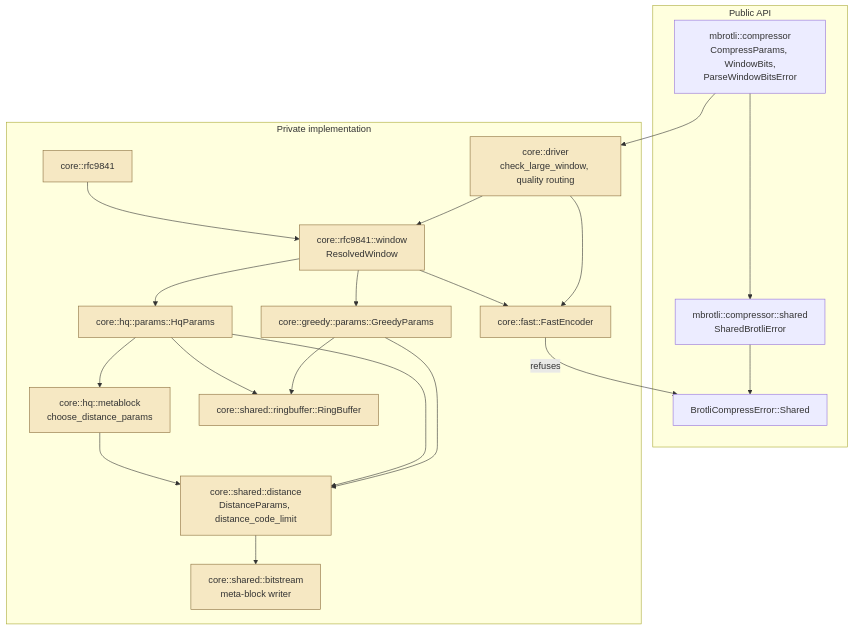
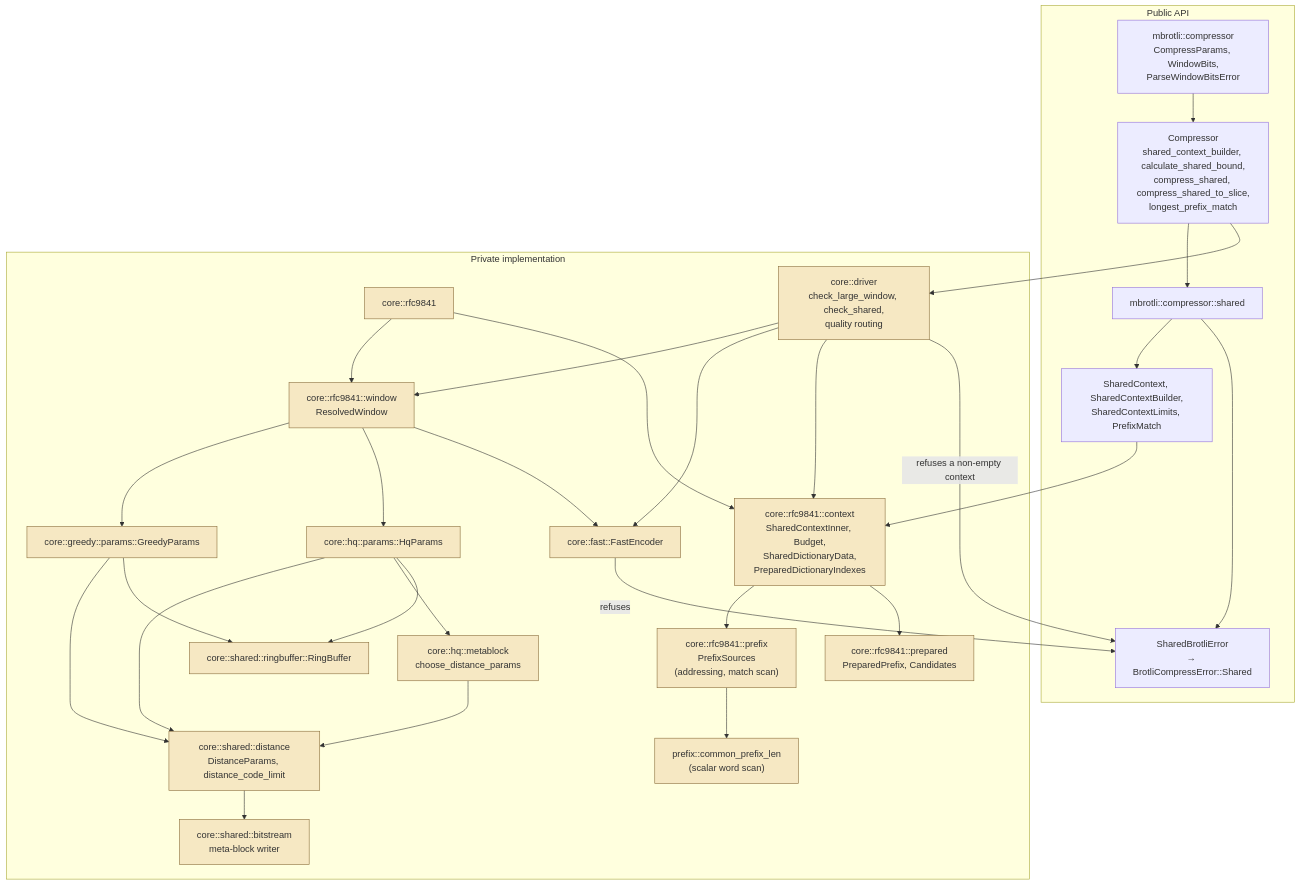
The first of 12 diagrams in architecture/shared-brotli.md (Mnwa/mbrotli), drawn with Mermaid before and after one commit. The commit also changed other lines of this file and 43 other files, not shown here.

Commit message:
Add shared window

````diff
--- a/architecture/shared-brotli.md
+++ b/architecture/shared-brotli.md
@@ -35,42 +39,57 @@
 ```mermaid
 graph TD
     subgraph public["Public API"]
         comp["mbrotli::compressor<br/>CompressParams, WindowBits,<br/>ParseWindowBitsError"]
-        sharedmod["mbrotli::compressor::shared<br/>SharedBrotliError"]
-        err["BrotliCompressError::Shared"]
+        entry["Compressor<br/>shared_context_builder, calculate_shared_bound,<br/>compress_shared, compress_shared_to_slice,<br/>longest_prefix_match"]
+        sharedmod["mbrotli::compressor::shared"]
+        ctx["SharedContext, SharedContextBuilder,<br/>SharedContextLimits, PrefixMatch"]
+        err["SharedBrotliError<br/>→ BrotliCompressError::Shared"]
     end
 
     subgraph private["Private implementation"]
         rfc["core::rfc9841"]
         window["core::rfc9841::window<br/>ResolvedWindow"]
-        driver["core::driver<br/>check_large_window, quality routing"]
+        inner["core::rfc9841::context<br/>SharedContextInner, Budget,<br/>SharedDictionaryData,<br/>PreparedDictionaryIndexes"]
+        pfx["core::rfc9841::prefix<br/>PrefixSources<br/>(addressing, match scan)"]
+        prep["core::rfc9841::prepared<br/>PreparedPrefix, Candidates"]
+        driver["core::driver<br/>check_large_window, check_shared,<br/>quality routing"]
         dist["core::shared::distance<br/>DistanceParams, distance_code_limit"]
+        mlen["prefix::common_prefix_len<br/>(scalar word scan)"]
         gparams["core::greedy::params::GreedyParams"]
         hparams["core::hq::params::HqParams"]
         fast["core::fast::FastEncoder"]
         gmeta["core::hq::metablock<br/>choose_distance_params"]
         bitstream["core::shared::bitstream<br/>meta-block writer"]
         ring["core::shared::ringbuffer::RingBuffer"]
     end
 
-    comp --> driver
-    comp --> sharedmod
+    comp --> entry
+    entry --> sharedmod
+    sharedmod --> ctx
     sharedmod --> err
+    ctx --> inner
+    entry --> driver
     driver --> window
     driver --> fast
+    driver --> inner
     rfc --> window
+    rfc --> inner
+    inner --> pfx
+    inner --> prep
+    pfx --> mlen
     window --> gparams
     window --> hparams
     window --> fast
     gparams --> dist
     hparams --> dist
     hparams --> gmeta
     gmeta --> dist
     dist --> bitstream
     gparams --> ring
     hparams --> ring
     fast -->|refuses| err
+    driver -->|refuses a non-empty context| err
 
     classDef privateNode fill:#f6e8c3,stroke:#8a6d3b;
-    class rfc,window,driver,dist,gparams,hparams,fast,gmeta,bitstream,ring privateNode;
+    class rfc,window,inner,pfx,prep,driver,dist,mlen,gparams,hparams,fast,gmeta,bitstream,ring privateNode;
 ```
````
